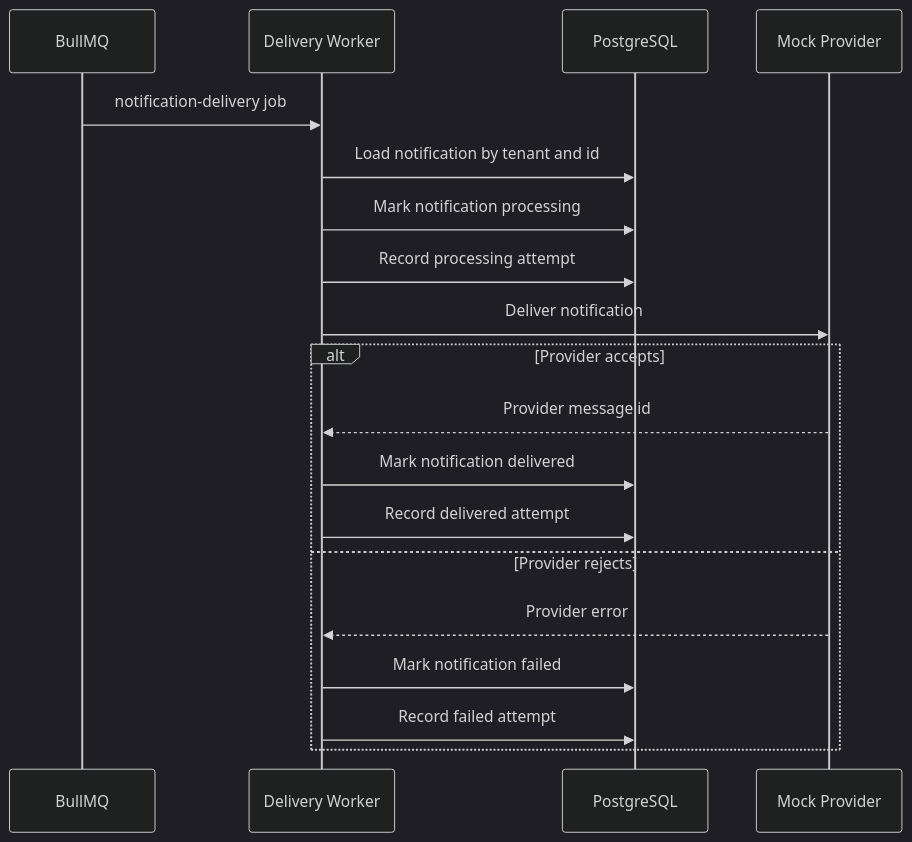
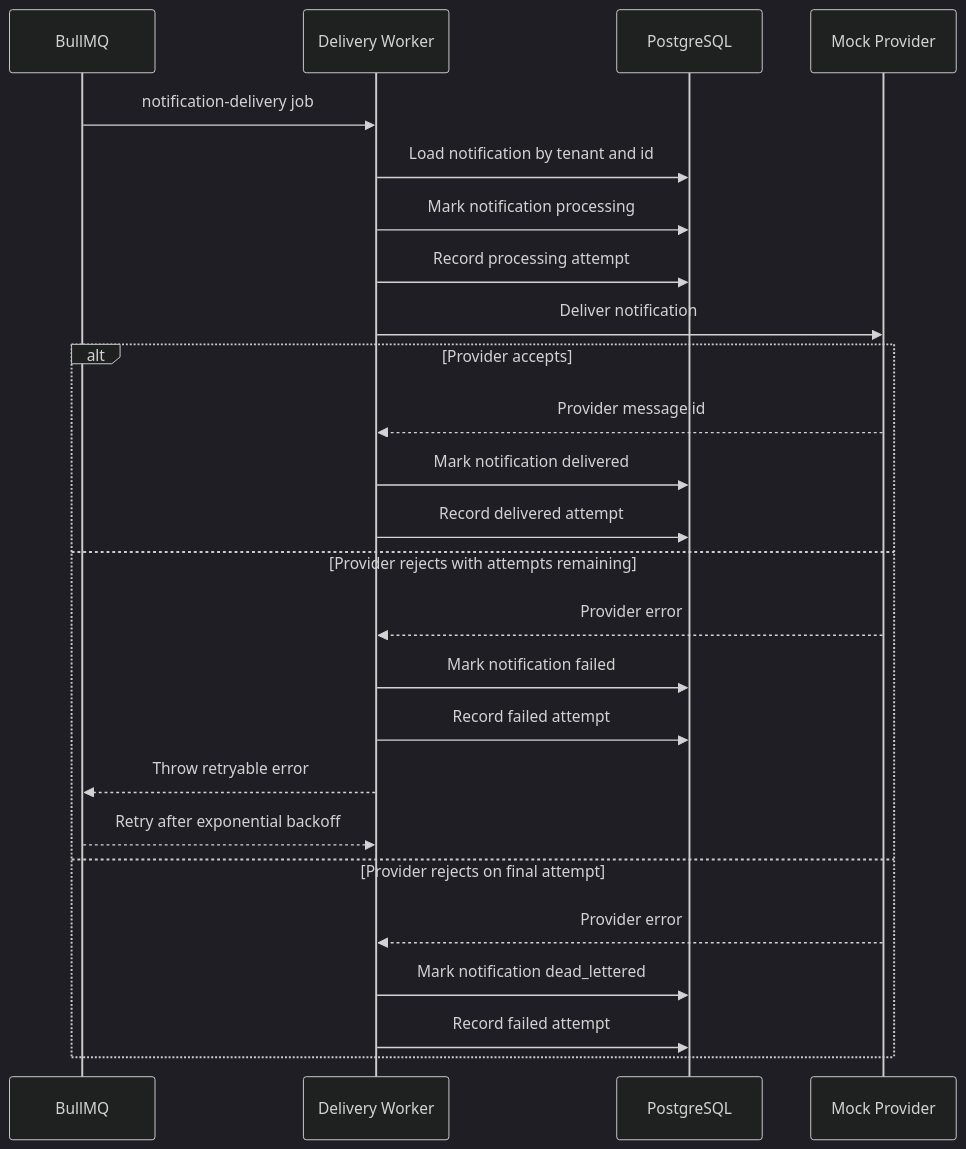
Before and after one commit to vishweswaran-p/notifyhub: the fourth of 4 diagrams in docs/architecture.md, drawn with Mermaid (dark theme). The commit also changed other lines of this file and 17 other files, not shown here.

First line of the commit message:
Add delivery retry and dead-letter handling

````diff
--- a/docs/architecture.md
+++ b/docs/architecture.md
@@ -114,22 +122,28 @@
 ```mermaid
 sequenceDiagram
   participant Queue as BullMQ
   participant Worker as Delivery Worker
   participant DB as PostgreSQL
   participant Provider as Mock Provider
 
   Queue->>Worker: notification-delivery job
   Worker->>DB: Load notification by tenant and id
   Worker->>DB: Mark notification processing
   Worker->>DB: Record processing attempt
   Worker->>Provider: Deliver notification
   alt Provider accepts
     Provider-->>Worker: Provider message id
     Worker->>DB: Mark notification delivered
     Worker->>DB: Record delivered attempt
-  else Provider rejects
+  else Provider rejects with attempts remaining
     Provider-->>Worker: Provider error
     Worker->>DB: Mark notification failed
     Worker->>DB: Record failed attempt
+    Worker-->>Queue: Throw retryable error
+    Queue-->>Worker: Retry after exponential backoff
+  else Provider rejects on final attempt
+    Provider-->>Worker: Provider error
+    Worker->>DB: Mark notification dead_lettered
+    Worker->>DB: Record failed attempt
   end
 ```
````
